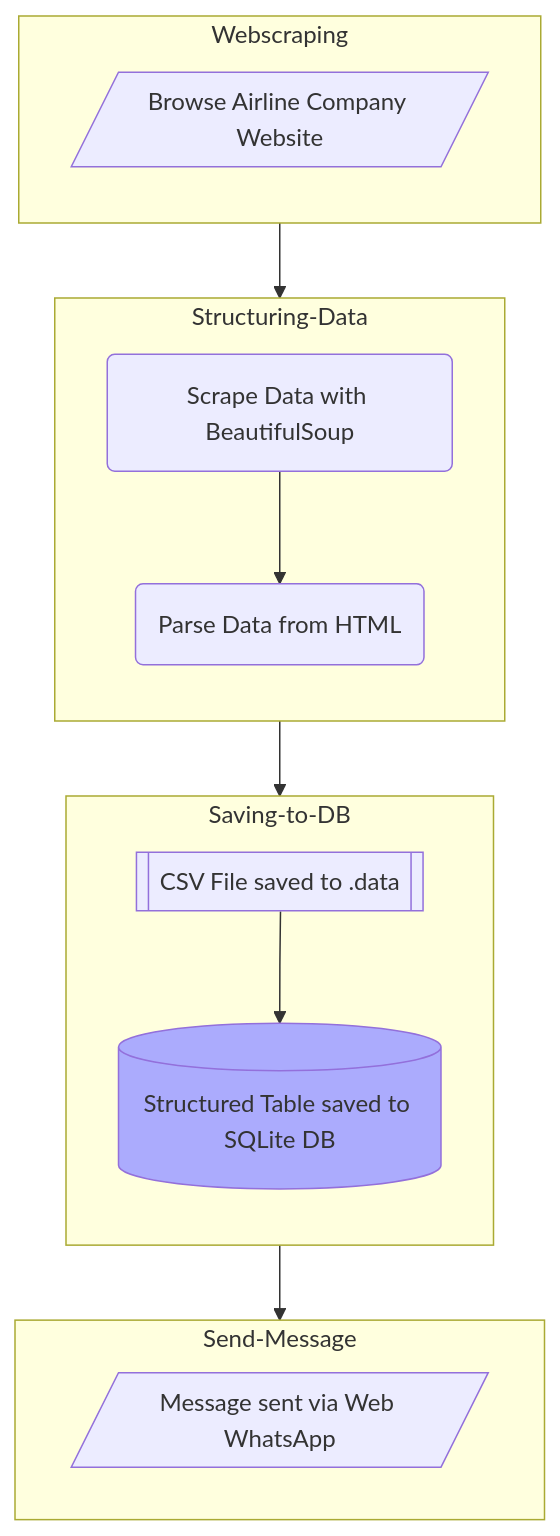
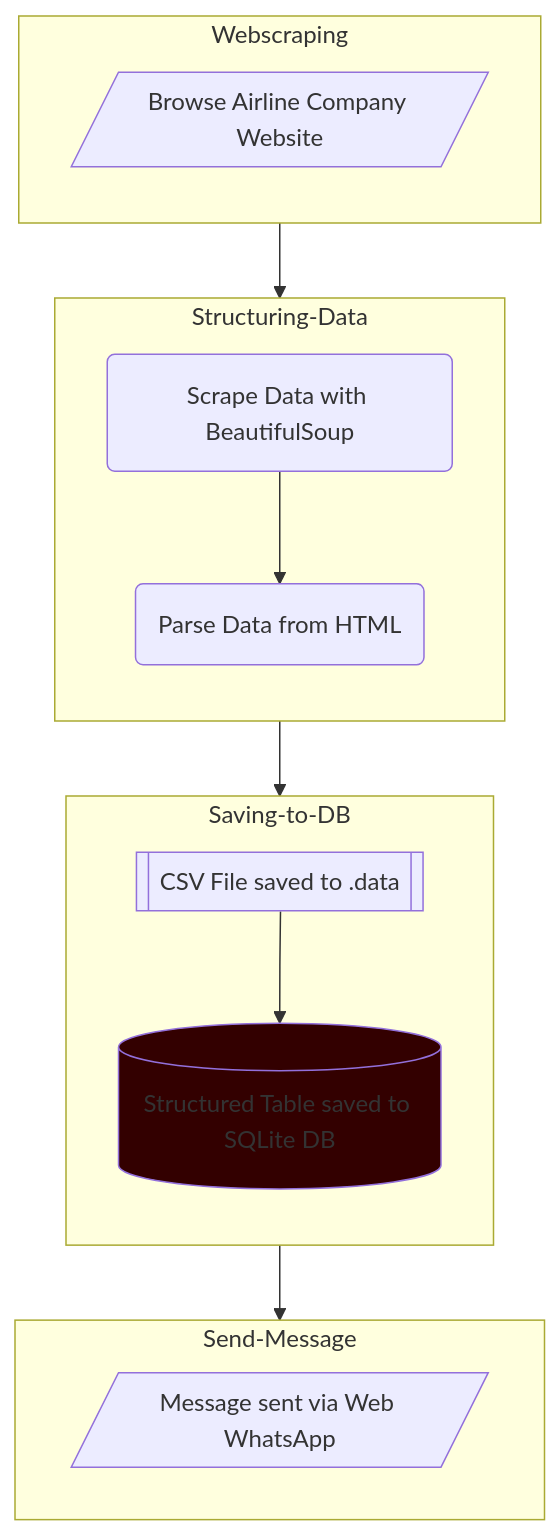
The diagram in README.md (gurezende/Flight_Prices), drawn with Mermaid before and after one commit.

Commit message:
Upd:add project layout. Upd Documentation

````diff
--- a/README.md
+++ b/README.md
@@ -54,26 +54,26 @@
 ```mermaid
 flowchart TB
     subgraph Webscraping
         direction TB
         Internet[/Browse Airline Company Website/]
     end
 
     subgraph Structuring-Data
         direction TB
         Scrape(Scrape Data with BeautifulSoup ) --> Parsing(Parse Data from HTML)
     end
 
     subgraph Saving-to-DB
         direction TB
         File[[CSV File saved to .data]] --> DB[(Structured Table saved to SQLite DB)]
-        style DB fill: #ababfd
+        style DB fill: #300
     end
 
 
     subgraph Send-Message
         Message[/Message sent via Web WhatsApp/]
     end
 
 Webscraping --> Structuring-Data --> Saving-to-DB --> Send-Message
 
 ```
````
